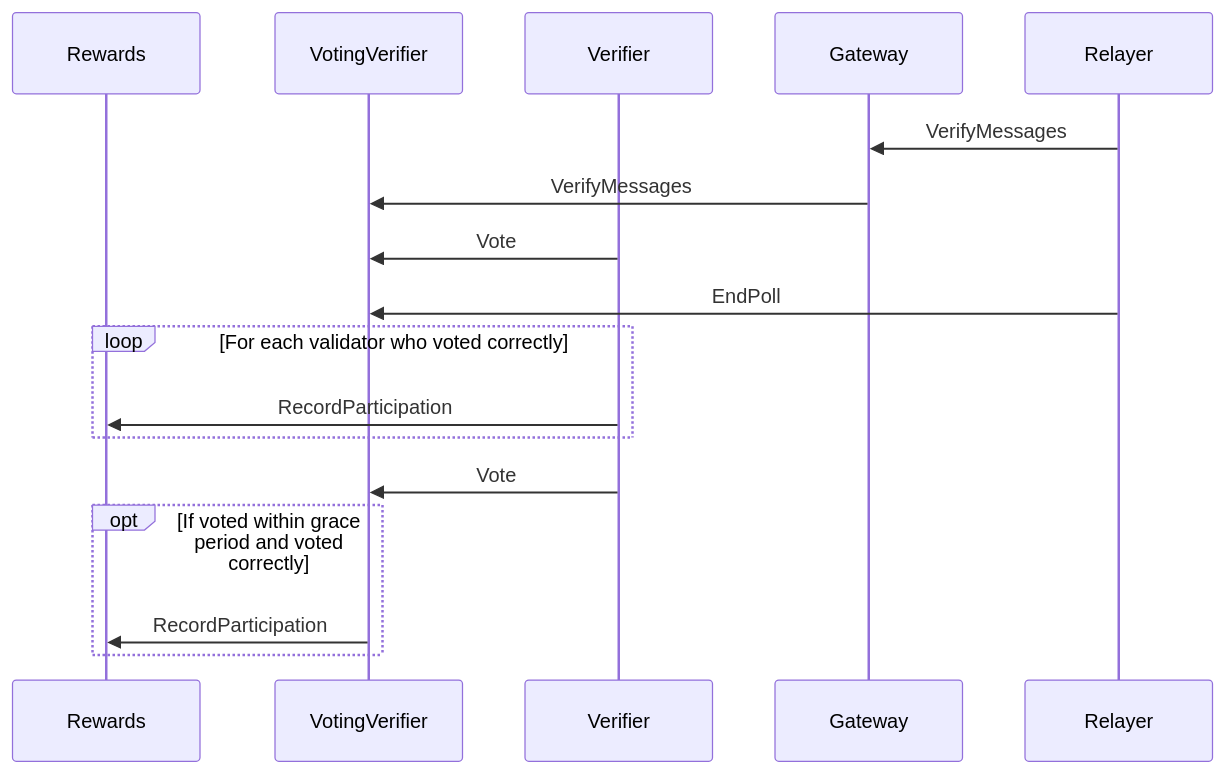
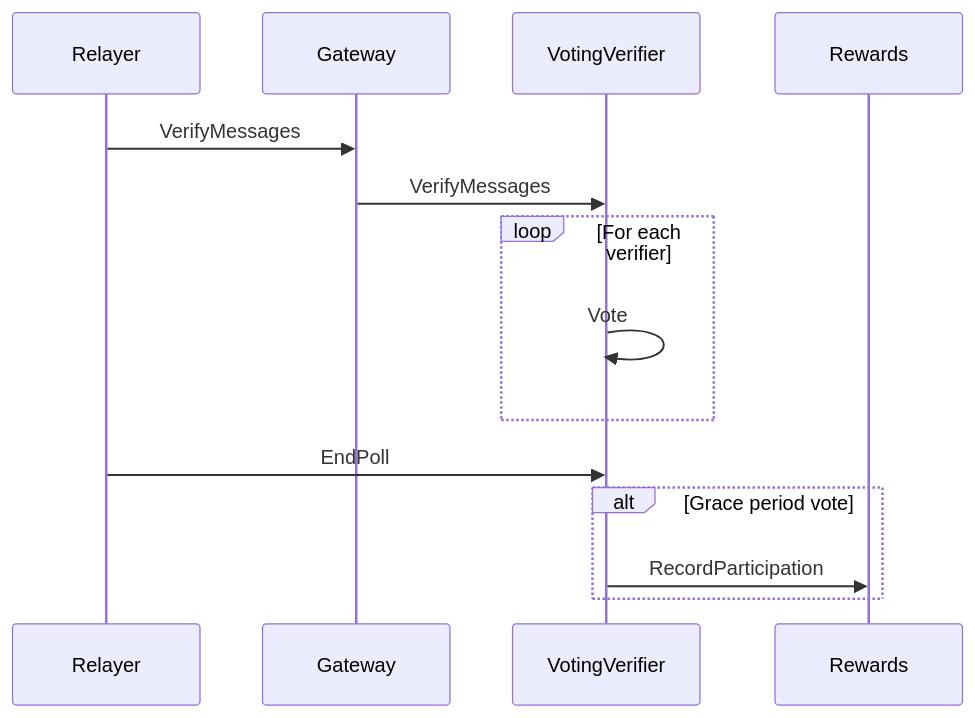
The first of 2 diagrams in ARCs/ARC-12.md (axelarnetwork/arcs), drawn with Mermaid before and after one commit. The commit also changed other lines of this file, not shown here.

````diff
--- a/ARCs/ARC-12.md
+++ b/ARCs/ARC-12.md
@@ -77,20 +73,18 @@
 ```mermaid
 sequenceDiagram
-participant Rewards
-participant VotingVerifier
-participant Verifier
-participant Gateway
-participant Relayer
+    participant Relayer
+    participant Gateway
+    participant VotingVerifier
+    participant Rewards
 
-Relayer ->> Gateway: VerifyMessages
-Gateway ->> VotingVerifier: VerifyMessages
-Verifier ->> VotingVerifier: Vote
-Relayer ->> VotingVerifier: EndPoll
-loop For each validator who voted correctly
-Verifier ->> Rewards: RecordParticipation
-end
-Verifier ->> VotingVerifier: Vote
-opt If voted within grace period and voted correctly
-VotingVerifier ->> Rewards: RecordParticipation
-end
+    Relayer ->> Gateway: VerifyMessages
+    Gateway ->> VotingVerifier: VerifyMessages
+    loop For each verifier
+        VotingVerifier ->> VotingVerifier: Vote
+    end
+    Relayer ->> VotingVerifier: EndPoll
+    %% Single‑verifier submission during grace period
+    alt Grace period vote
+        VotingVerifier ->> Rewards: RecordParticipation
+    end
 ```
````
